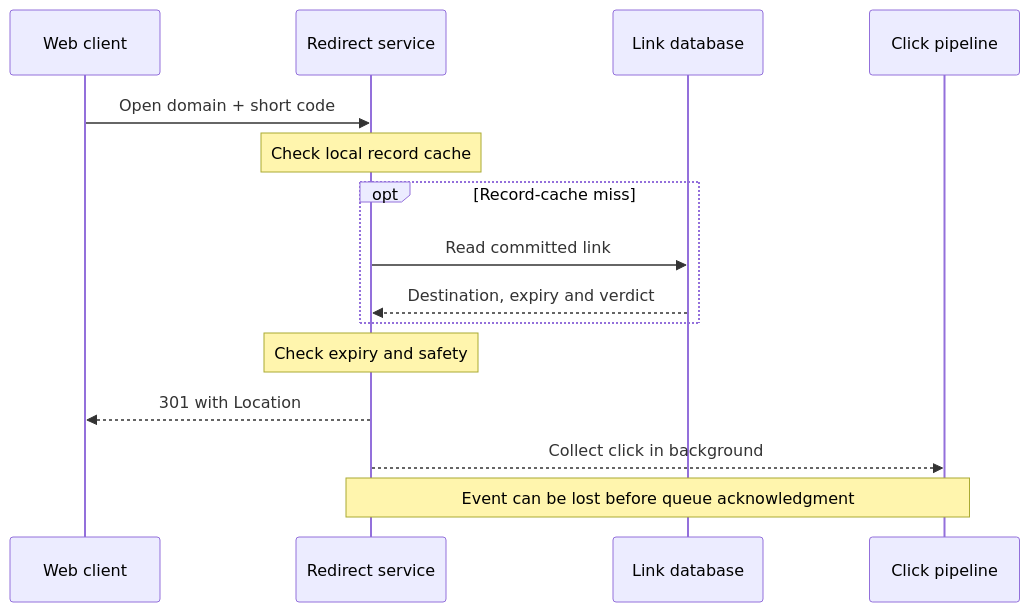
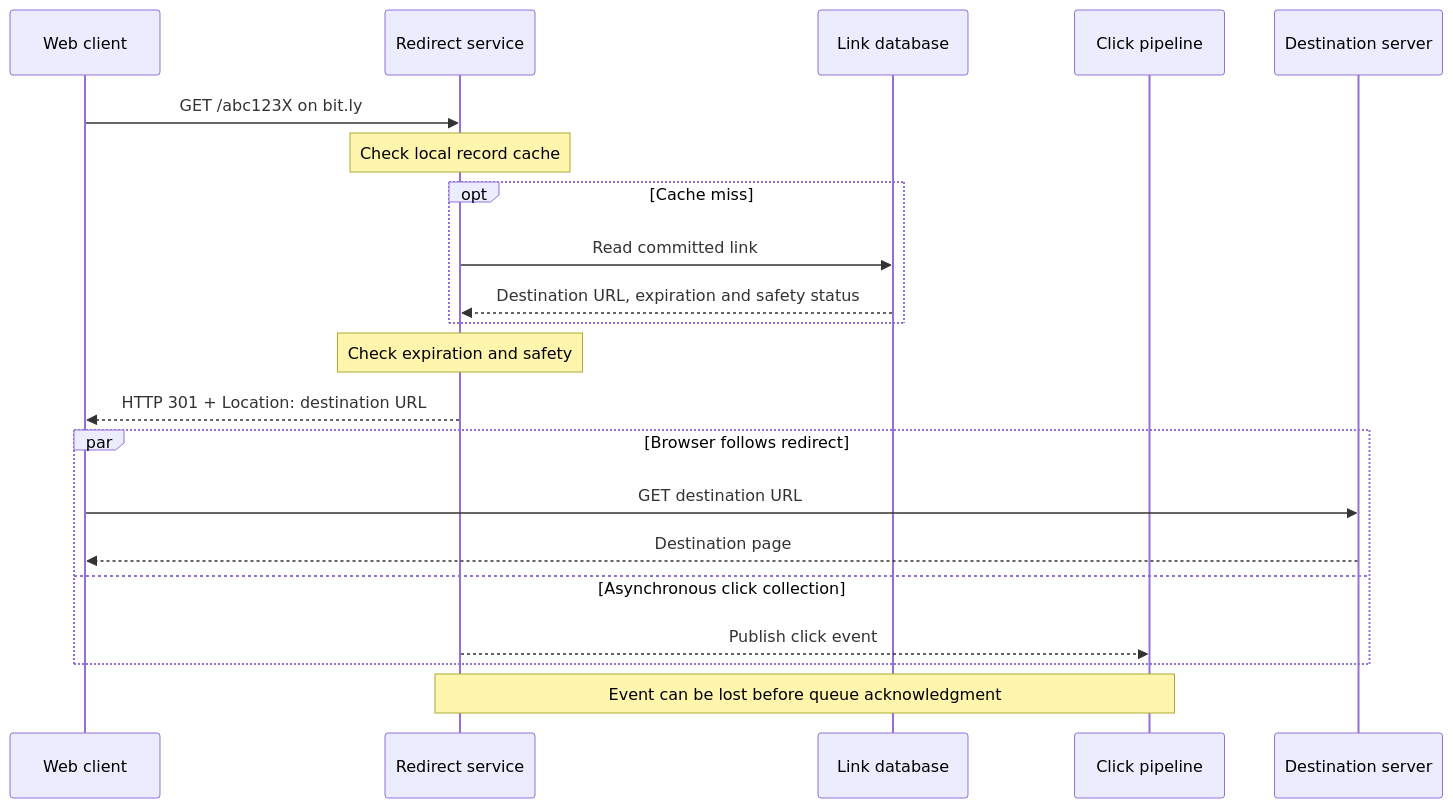
The third of 6 diagrams in _designs/system-design-bitly-url-shortener.md (iliazlobin/iliazlobin.github.io), drawn with Mermaid before and after one commit. The commit also changed other lines of this file and 95 other files, not shown here.

````diff
--- a/_designs/system-design-bitly-url-shortener.md
+++ b/_designs/system-design-bitly-url-shortener.md
@@ -253,19 +293,23 @@
 ```mermaid
 sequenceDiagram
-    accTitle: Opening a short link
-    accDescr: The redirect service looks up the link, checks expiry and safety, returns the redirect, and collects a click asynchronously.
     participant W as Web client
     participant R as Redirect service
     participant D as Link database
     participant P as Click pipeline
-    W->>R: Open domain + short code
+    participant T as Destination server
+    W->>R: GET /abc123X on bit.ly
     Note over R: Check local record cache
-    opt Record-cache miss
+    opt Cache miss
         R->>D: Read committed link
-        D-->>R: Destination, expiry and verdict
+        D-->>R: Destination URL, expiration and safety status
     end
-    Note over R: Check expiry and safety
-    R-->>W: 301 with Location
-    R-->>P: Collect click in background
+    Note over R: Check expiration and safety
+    R-->>W: HTTP 301 + Location: destination URL
+    par Browser follows redirect
+        W->>T: GET destination URL
+        T-->>W: Destination page
+    and Asynchronous click collection
+        R-->>P: Publish click event
+    end
     Note over R,P: Event can be lost before queue acknowledgment
 ```
````
